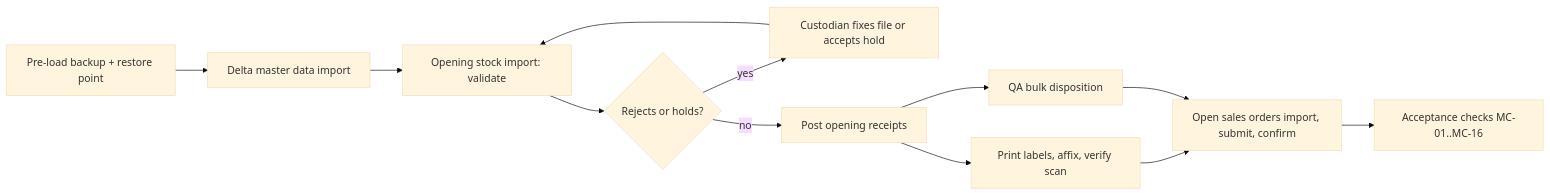
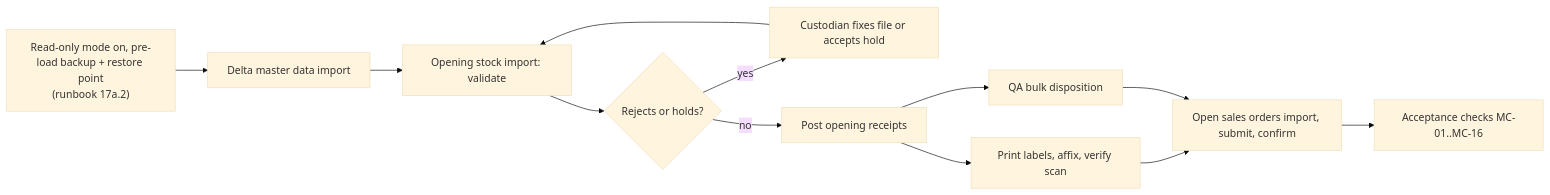
Before and after one commit to jaygglypuff/bryels-care: the second of 2 diagrams in docs/data-migration-plan.md, drawn with Mermaid (base theme). The commit also changed other lines of this file and 5 other files, not shown here.

````diff
--- a/docs/data-migration-plan.md
+++ b/docs/data-migration-plan.md
@@ -344,14 +344,14 @@
 ```mermaid
 flowchart LR
-  A[Pre-load backup + restore point] --> B[Delta master data import]
-  B --> C[Opening stock import: validate]
-  C --> D{Rejects or holds?}
-  D -- yes --> E[Custodian fixes file or accepts hold]
+  A["Read-only mode on, pre-load backup + restore point<br/>(runbook 17a.2)"] --> B["Delta master data import"]
+  B --> C["Opening stock import: validate"]
+  C --> D{"Rejects or holds?"}
+  D -- yes --> E["Custodian fixes file or accepts hold"]
   E --> C
-  D -- no --> F[Post opening receipts]
-  F --> G[Print labels, affix, verify scan]
-  F --> H[QA bulk disposition]
-  G --> I[Open sales orders import, submit, confirm]
+  D -- no --> F["Post opening receipts"]
+  F --> G["Print labels, affix, verify scan"]
+  F --> H["QA bulk disposition"]
+  G --> I["Open sales orders import, submit, confirm"]
   H --> I
-  I --> J[Acceptance checks MC-01..MC-16]
+  I --> J["Acceptance checks MC-01..MC-16"]
 ```
````
